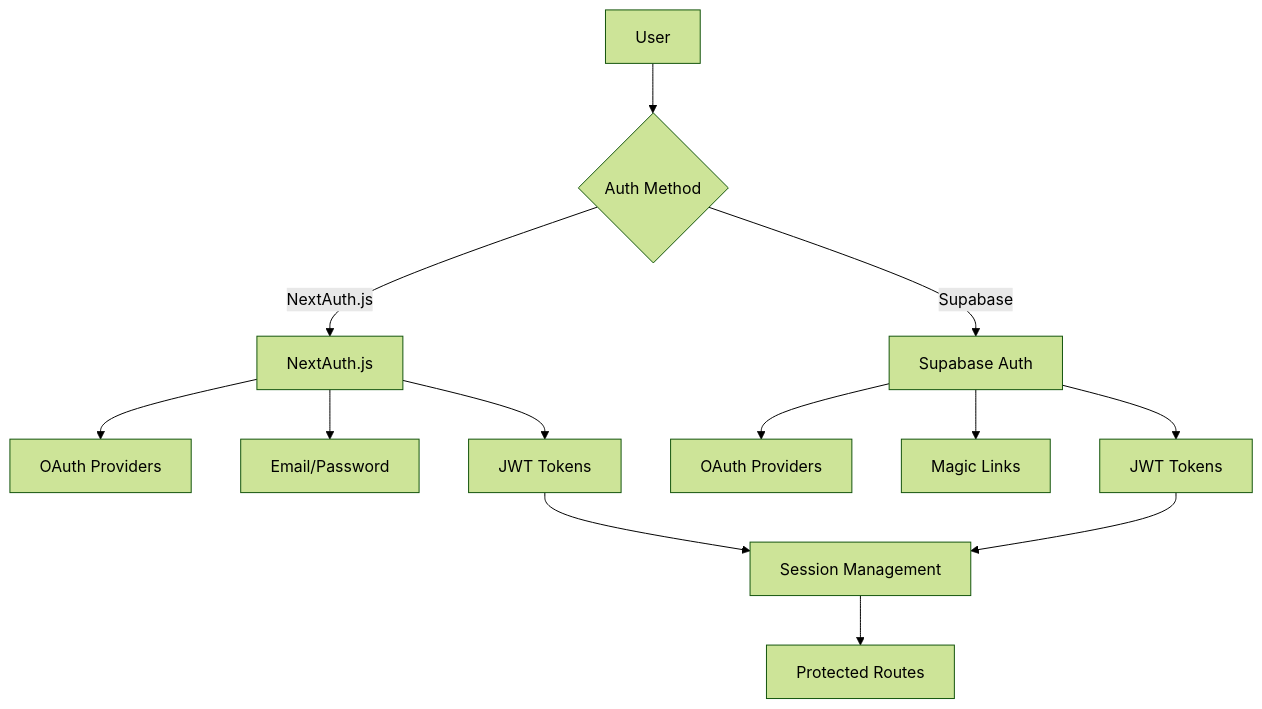
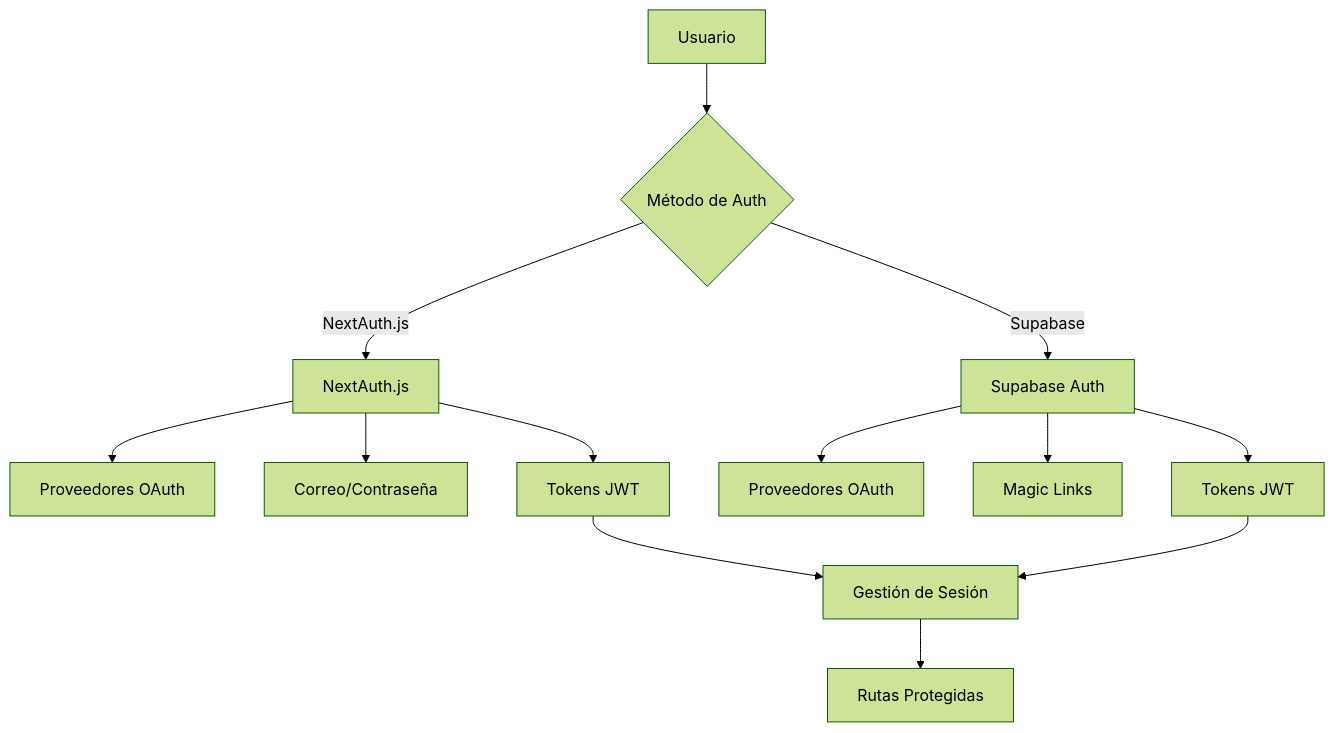
Before and after one commit to ever-works/directory-web-template: the first of 2 diagrams in apps/docs/i18n/es/docusaurus-plugin-content-docs-template/current/authentication/overview.md, drawn with Mermaid (forest theme). The commit also changed other lines of this file and 653 other files, not shown here.

````diff
--- a/apps/docs/i18n/es/docusaurus-plugin-content-docs-template/current/authentication/overview.md
+++ b/apps/docs/i18n/es/docusaurus-plugin-content-docs-template/current/authentication/overview.md
@@ -14,18 +16,18 @@
 ```mermaid
 graph TB
-    User[User] --> Choice{Auth Method}
+    User[Usuario] --> Choice{Método de Auth}
     Choice -->|NextAuth.js| NextAuth[NextAuth.js]
     Choice -->|Supabase| Supabase[Supabase Auth]
     
-    NextAuth --> OAuth1[OAuth Providers]
-    NextAuth --> Credentials[Email/Password]
-    NextAuth --> JWT1[JWT Tokens]
+    NextAuth --> OAuth1[Proveedores OAuth]
+    NextAuth --> Credentials[Correo/Contraseña]
+    NextAuth --> JWT1[Tokens JWT]
     
-    Supabase --> OAuth2[OAuth Providers]
+    Supabase --> OAuth2[Proveedores OAuth]
     Supabase --> Magic[Magic Links]
-    Supabase --> JWT2[JWT Tokens]
+    Supabase --> JWT2[Tokens JWT]
     
-    JWT1 --> Session[Session Management]
+    JWT1 --> Session[Gestión de Sesión]
     JWT2 --> Session
-    Session --> Protected[Protected Routes]
+    Session --> Protected[Rutas Protegidas]
 ```
````
